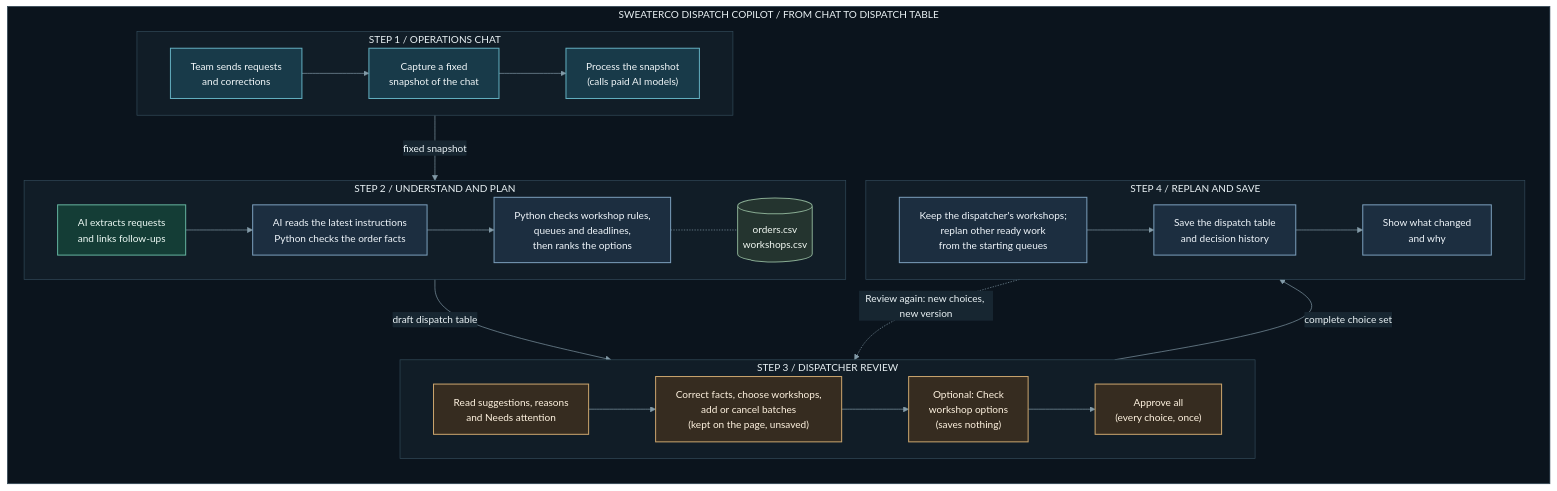
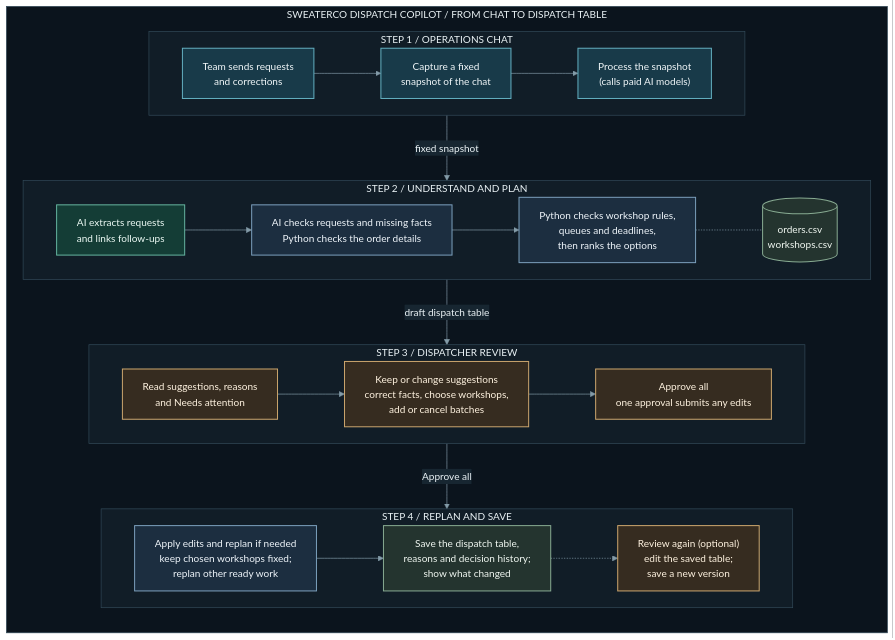
The first of 2 diagrams in README.md (adityaviolin824/AI-Assisted-Factory-Dispatcher), drawn with Mermaid before and after one commit. The commit also changed other lines of this file and 3 other files, not shown here.

Commit message:
Backend diagram updated

````diff
--- a/README.md
+++ b/README.md
@@ -56,74 +56,73 @@
 ```mermaid
 ---
 config:
+  layout: dagre
   theme: base
   look: classic
   markdownAutoWrap: false
   themeVariables:
     fontFamily: system-ui, sans-serif
     fontSize: 15px
     primaryTextColor: "#EAF2F5"
     textColor: "#EAF2F5"
     lineColor: "#839BA8"
     clusterBkg: "#111D27"
     clusterBorder: "#334B5A"
     titleColor: "#EAF2F5"
     edgeLabelBackground: "#172631"
   flowchart:
     curve: basis
     wrappingWidth: 320
     nodeSpacing: 30
     rankSpacing: 50
 ---
 flowchart TB
     subgraph PRODUCT["SWEATERCO DISPATCH COPILOT / FROM CHAT TO DISPATCH TABLE"]
         direction TB
 
         subgraph S1["STEP 1 / OPERATIONS CHAT"]
             direction LR
             SEND["Team sends requests<br/>and corrections"]:::screen
             SNAP["Capture a fixed<br/>snapshot of the chat"]:::screen
             PROCESS["Process the snapshot<br/>(calls paid AI models)"]:::screen
             SEND --> SNAP --> PROCESS
         end
 
         subgraph S2["STEP 2 / UNDERSTAND AND PLAN"]
             direction LR
             EXTRACT["AI extracts requests<br/>and links follow-ups"]:::ai
-            VERIFY["AI reads the latest instructions<br/>Python checks the order facts"]:::logic
+            VERIFY["AI checks requests and missing facts<br/>Python checks the order details"]:::logic
             PLAN["Python checks workshop rules,<br/>queues and deadlines,<br/>then ranks the options"]:::logic
             FACTS[("orders.csv<br/>workshops.csv")]:::data
             EXTRACT --> VERIFY --> PLAN
             PLAN -.- FACTS
         end
 
         subgraph S3["STEP 3 / DISPATCHER REVIEW"]
             direction LR
             READ["Read suggestions, reasons<br/>and Needs attention"]:::human
-            CHOOSE["Correct facts, choose workshops,<br/>add or cancel batches<br/>(kept on the page, unsaved)"]:::human
-            CHECK["Optional: Check<br/>workshop options<br/>(saves nothing)"]:::human
-            APPROVE["Approve all<br/>(every choice, once)"]:::human
-            READ --> CHOOSE --> CHECK --> APPROVE
+            CHOOSE["Keep or change suggestions<br/>correct facts, choose workshops,<br/>add or cancel batches"]:::human
+            APPROVE["Approve all<br/>one approval submits any edits"]:::human
+            READ --> CHOOSE --> APPROVE
         end
 
         subgraph S4["STEP 4 / REPLAN AND SAVE"]
             direction LR
-            REPLAN["Keep the dispatcher's workshops;<br/>replan other ready work<br/>from the starting queues"]:::logic
-            SAVE["Save the dispatch table<br/>and decision history"]:::logic
-            CHANGES["Show what changed<br/>and why"]:::logic
-            REPLAN --> SAVE --> CHANGES
+            REPLAN["Apply edits and replan if needed<br/>keep chosen workshops fixed;<br/>replan other ready work"]:::logic
+            SAVE["Save the dispatch table,<br/>reasons and decision history;<br/>show what changed"]:::data
+            AGAIN["Review again (optional)<br/>edit the saved table;<br/>save a new version"]:::human
+            REPLAN --> SAVE -.-> AGAIN
         end
 
         S1 -- "fixed snapshot" --> S2
         S2 -- "draft dispatch table" --> S3
-        S3 -- "complete choice set" --> S4
-        S4 -. "Review again: new choices, new version" .-> S3
+        S3 -- "Approve all" --> S4
     end
 
     classDef screen fill:#183A49,stroke:#63AFC0,color:#F1F7F9,stroke-width:1.5px
     classDef ai fill:#143D36,stroke:#64B39F,color:#EDFAF5,stroke-width:1.5px
     classDef logic fill:#1C2E40,stroke:#7B9FBC,color:#EFF5FA,stroke-width:1.5px
     classDef human fill:#362C20,stroke:#CBA56D,color:#FFF3E0,stroke-width:1.5px
     classDef data fill:#24342F,stroke:#87AA91,color:#F0F7F1,stroke-width:1.5px
     style PRODUCT fill:#0B141D,stroke:#334B5A,stroke-width:1px
 ```
````
